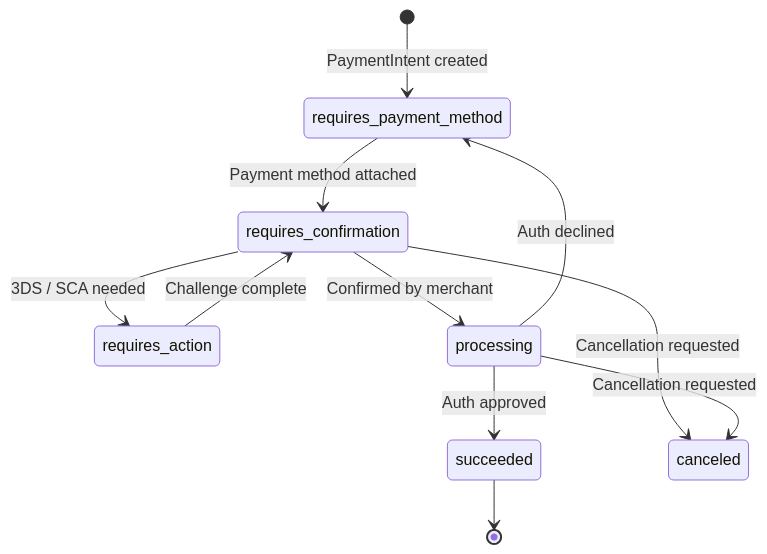
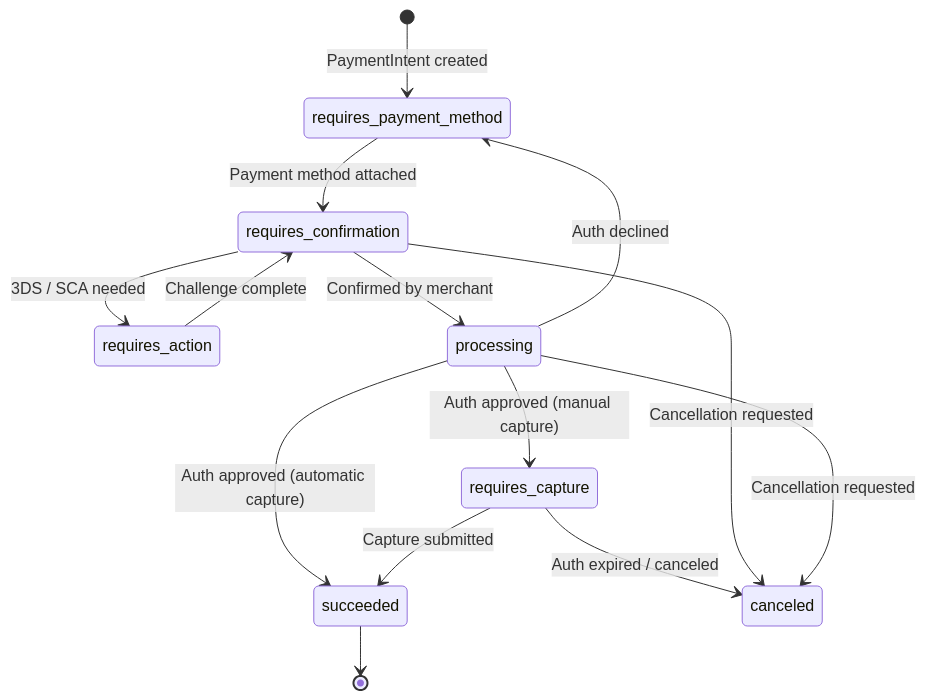
The third of 36 diagrams in architecture-general/09-industry-specialized-architectures/9.1.1-financial-services-architecture/9.1.1.3-stripe-payment-system-architecture.md (gurkanindibay/azure_learning), drawn with Mermaid before and after one commit. The commit also changed other lines of this file, not shown here.

````diff
--- a/architecture-general/09-industry-specialized-architectures/9.1.1-financial-services-architecture/9.1.1.3-stripe-payment-system-architecture.md
+++ b/architecture-general/09-industry-specialized-architectures/9.1.1-financial-services-architecture/9.1.1.3-stripe-payment-system-architecture.md
@@ -154,13 +172,16 @@
 ```mermaid
 stateDiagram-v2
     [*] --> requires_payment_method: PaymentIntent created
     requires_payment_method --> requires_confirmation: Payment method attached
     requires_confirmation --> requires_action: 3DS / SCA needed
     requires_action --> requires_confirmation: Challenge complete
     requires_confirmation --> processing: Confirmed by merchant
-    processing --> succeeded: Auth approved
+    processing --> succeeded: Auth approved (automatic capture)
+    processing --> requires_capture: Auth approved (manual capture)
     processing --> requires_payment_method: Auth declined
+    requires_capture --> succeeded: Capture submitted
+    requires_capture --> canceled: Auth expired / canceled
     succeeded --> [*]
     requires_confirmation --> canceled: Cancellation requested
     processing --> canceled: Cancellation requested
 ```
````
